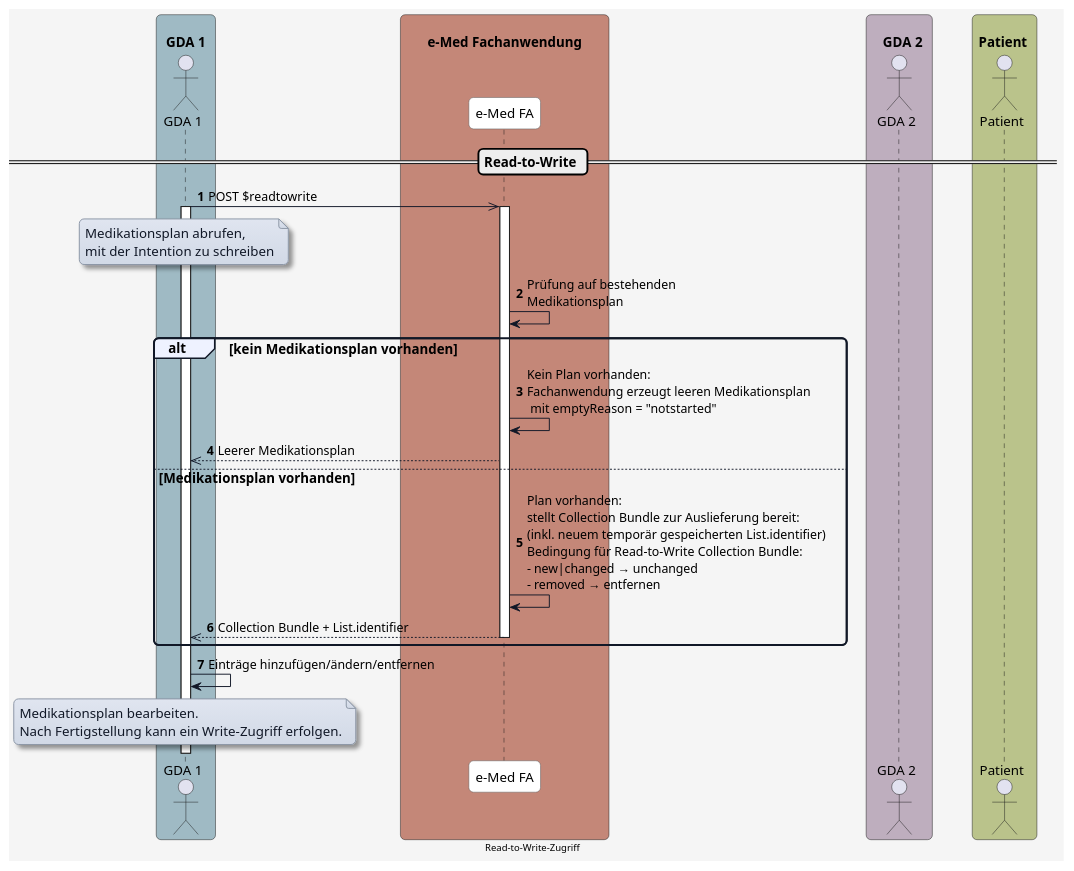
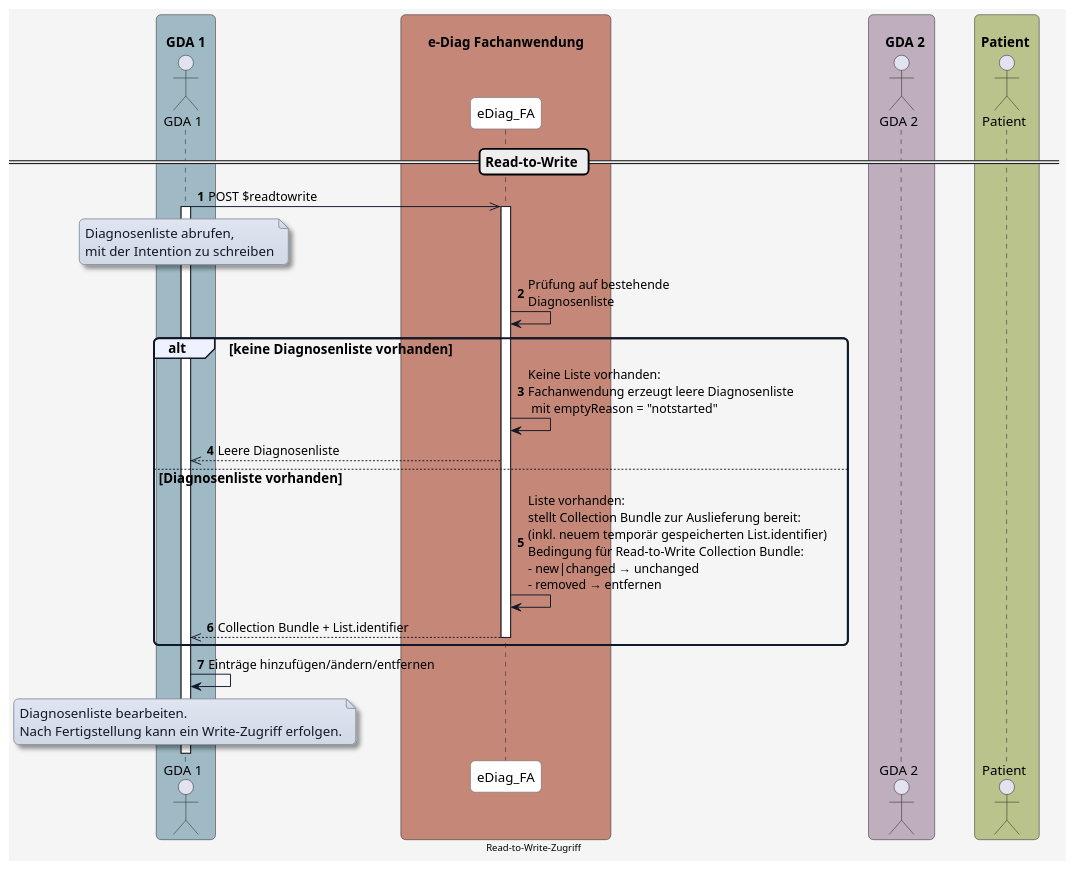
The diagram in input/images-source/diagram_readtowrite.plantuml (HL7Austria/ELGA-e-Diagnose-R4), drawn with PlantUML before and after one commit. The commit also changed 26 other files, not shown here.

Commit message:
input images plantuml and content

```diff
--- a/input/images-source/diagram_readtowrite.plantuml
+++ b/input/images-source/diagram_readtowrite.plantuml
@@ -1,94 +1,94 @@
 @startuml
 skinparam borderColor #000000
 skinparam backgroundColor #f5f5f5
 skinparam shadowing false
 skinparam roundCorner 10
 skinparam defaultFontName "Arial"
 skinparam defaultFontSize 14
 skinparam defaultFontColor #000000
 
 skinparam note {
   BackgroundColor #e0e5f0-#d1d9e6
   BorderColor #8b95a5
   BorderThickness 1
   RoundCorner 8
   Padding 6
   FontColor #111827
   Shadowing true
 }
 
 skinparam HyperlinkColor #0000EE
 skinparam HyperlinkUnderline false
 
 skinparam sequence {
   ParticipantBorderColor #555555
   ParticipantBackgroundColor #ffffff
   ParticipantFontColor #000000
   ParticipantFontSize 14
   ParticipantPadding 20
   ArrowColor #111827
   ArrowThickness 1
   ArrowFontColor #000000
   ArrowFontSize 13
   GroupBorderColor #111827
   GroupBackgroundColor #eef2ff
   GroupBorderThickness 2
 }
 
 skinparam BoxPadding 20
 skinparam BoxBorderColor #555555
 
 box "\n  GDA 1  " #9fbac4
   actor GDA_1 as "GDA 1"
 end box
 
-box "\n       e-Med Fachanwendung       " #C48778
-  participant eMed_FA as "e-Med FA"
+box "\n       e-Diag Fachanwendung       " #C48778
+  participant eDiag_FA as "eDiag_FA"
 end box
 
 box "\n    GDA 2  " #beaebe
   actor GDA_2 as "GDA 2"
 end box
 
 box "\n Patient  " #bac38b
   actor Patient as "Patient"
 end box
 
 
 autonumber
 
  
 == Read-to-Write ==
 
-GDA_1 ->> eMed_FA: POST $readtowrite
+GDA_1 ->> eDiag_FA: POST $readtowrite
 activate GDA_1
 
 note over GDA_1
-Medikationsplan abrufen, 
+Diagnosenliste abrufen, 
 mit der Intention zu schreiben
 end note
 
-activate eMed_FA
-eMed_FA -> eMed_FA: Prüfung auf bestehenden\nMedikationsplan
+activate eDiag_FA
+eDiag_FA -> eDiag_FA: Prüfung auf bestehende\nDiagnosenliste
 
-alt kein Medikationsplan vorhanden
-  eMed_FA -> eMed_FA: Kein Plan vorhanden:\nFachanwendung erzeugt leeren Medikationsplan\n mit emptyReason = "notstarted"
-  eMed_FA -->> GDA_1: Leerer Medikationsplan
+alt keine Diagnosenliste vorhanden
+  eDiag_FA -> eDiag_FA: Keine Liste vorhanden:\nFachanwendung erzeugt leere Diagnosenliste\n mit emptyReason = "notstarted"
+  eDiag_FA -->> GDA_1: Leere Diagnosenliste
 
-else Medikationsplan vorhanden
-  eMed_FA -> eMed_FA: Plan vorhanden:\nstellt Collection Bundle zur Auslieferung bereit:\n(inkl. neuem temporär gespeicherten List.identifier)\nBedingung für Read-to-Write Collection Bundle:\n- new|changed → unchanged\n- removed → entfernen
-  eMed_FA -->> GDA_1: Collection Bundle + List.identifier
-  deactivate eMed_FA
+else Diagnosenliste vorhanden
+  eDiag_FA -> eDiag_FA: Liste vorhanden:\nstellt Collection Bundle zur Auslieferung bereit:\n(inkl. neuem temporär gespeicherten List.identifier)\nBedingung für Read-to-Write Collection Bundle:\n- new|changed → unchanged\n- removed → entfernen
+  eDiag_FA -->> GDA_1: Collection Bundle + List.identifier
+  deactivate eDiag_FA
 end
 
 GDA_1 -> GDA_1: Einträge hinzufügen/ändern/entfernen
 
 note over GDA_1
-Medikationsplan bearbeiten.
+Diagnosenliste bearbeiten.
 Nach Fertigstellung kann ein Write-Zugriff erfolgen.
 end note
 
 center footer Read-to-Write-Zugriff
 
 
 @enduml
```
